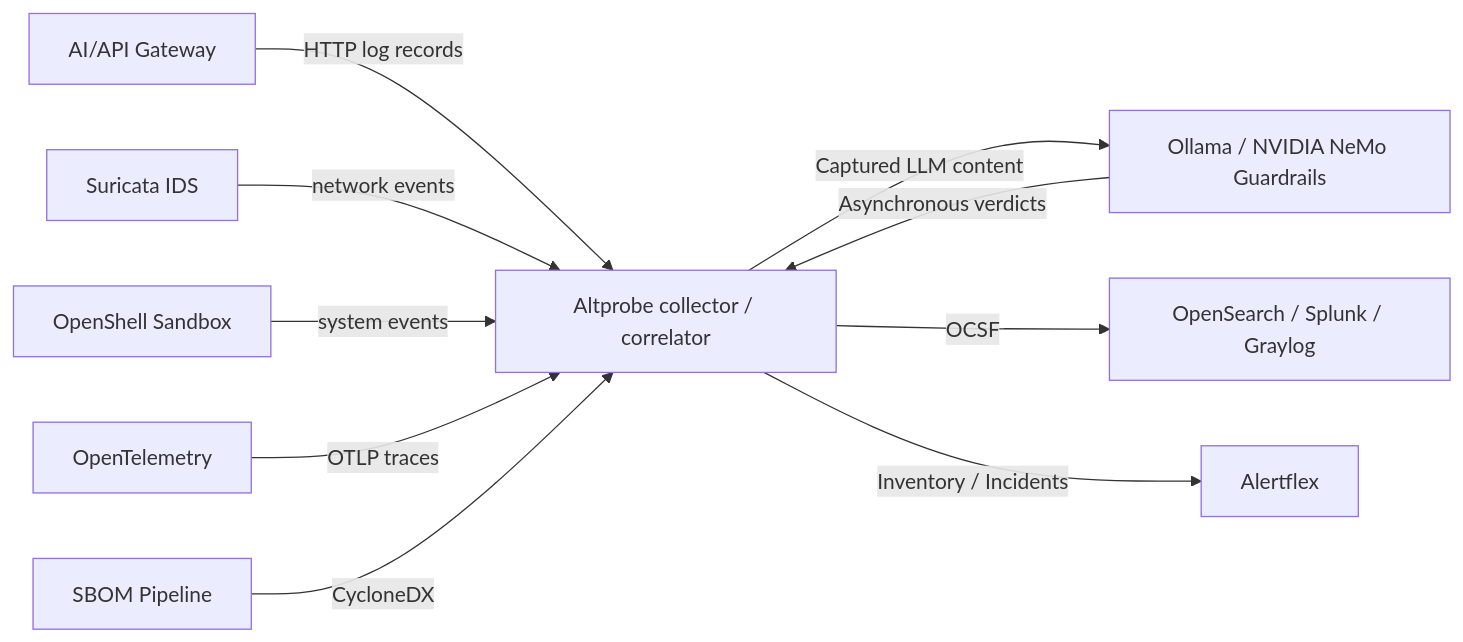
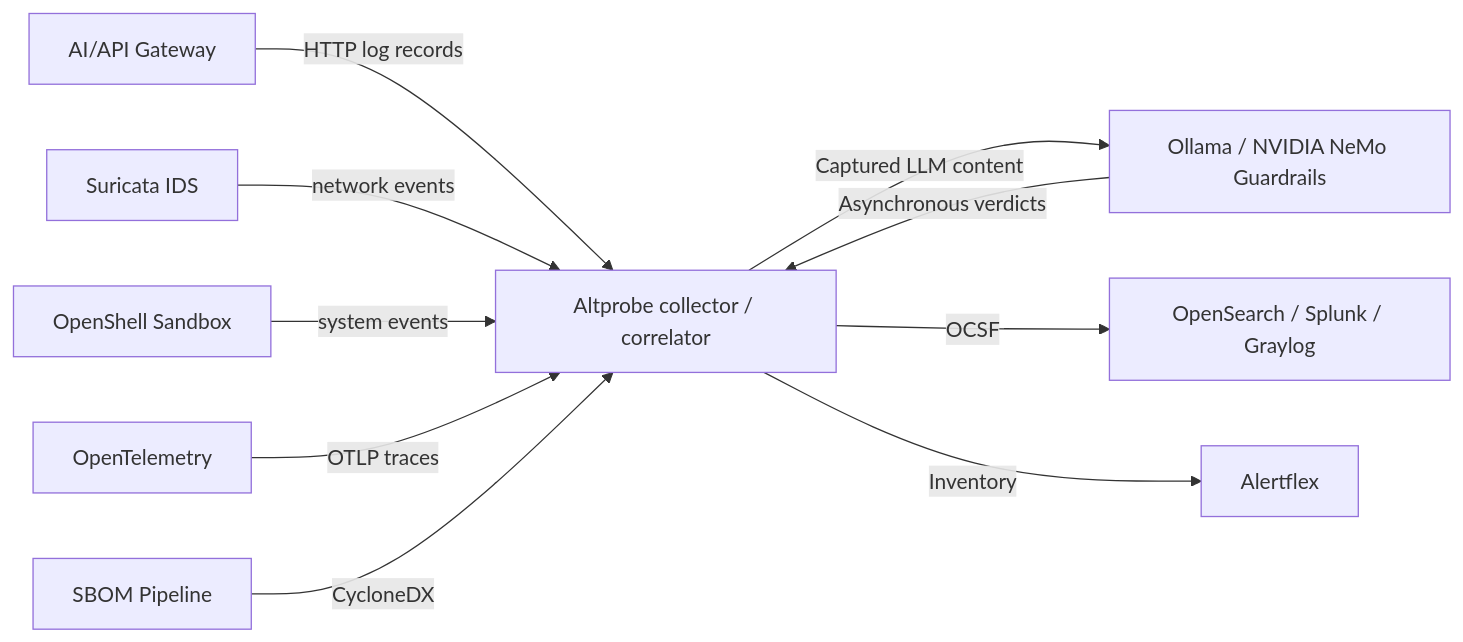
The diagram in README.md (olegzhr/altprobe), drawn with Mermaid before and after one commit.

Commit message:
Update README to clarify Inventory reference
Remove 'Incidents' from the Inventory reference in the diagram.

````diff
--- a/README.md
+++ b/README.md
@@ -49,12 +49,12 @@
 ```mermaid
 flowchart LR
     G[AI/API Gateway] -->|HTTP log records| A[Altprobe collector / correlator]
     N[Suricata IDS] -->|network events| A[Altprobe collector / correlator]
     H[OpenShell Sandbox] -->|system events| A[Altprobe collector / correlator]
     OTLP[OpenTelemetry] -->|OTLP traces| A[Altprobe collector / correlator]
     SBOM[SBOM Pipeline] -->|CycloneDX| A[Altprobe collector / correlator]
     A -->|Captured LLM content| L[Ollama / NVIDIA NeMo Guardrails]
     L -->|Asynchronous verdicts| A
     A -->|OCSF| O[OpenSearch / Splunk / Graylog]
-    A -->|Inventory / Incidents| C[Alertflex]
+    A -->|Inventory| C[Alertflex]
 ```
````
